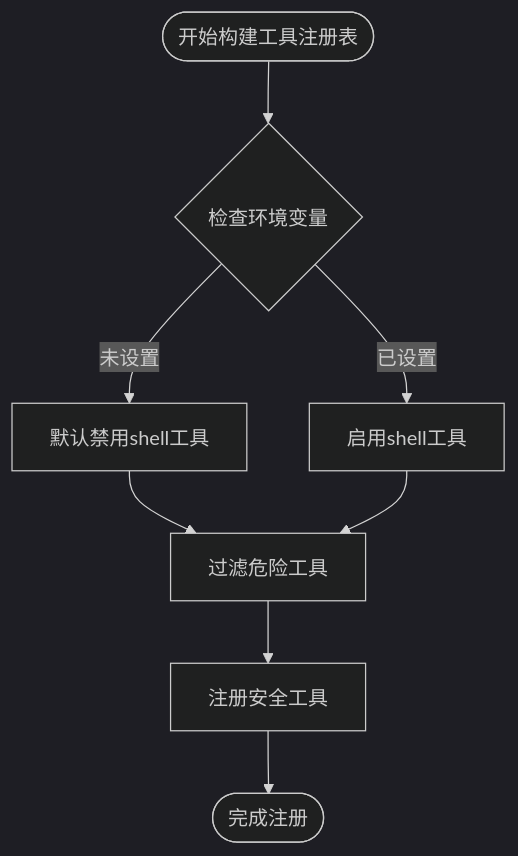
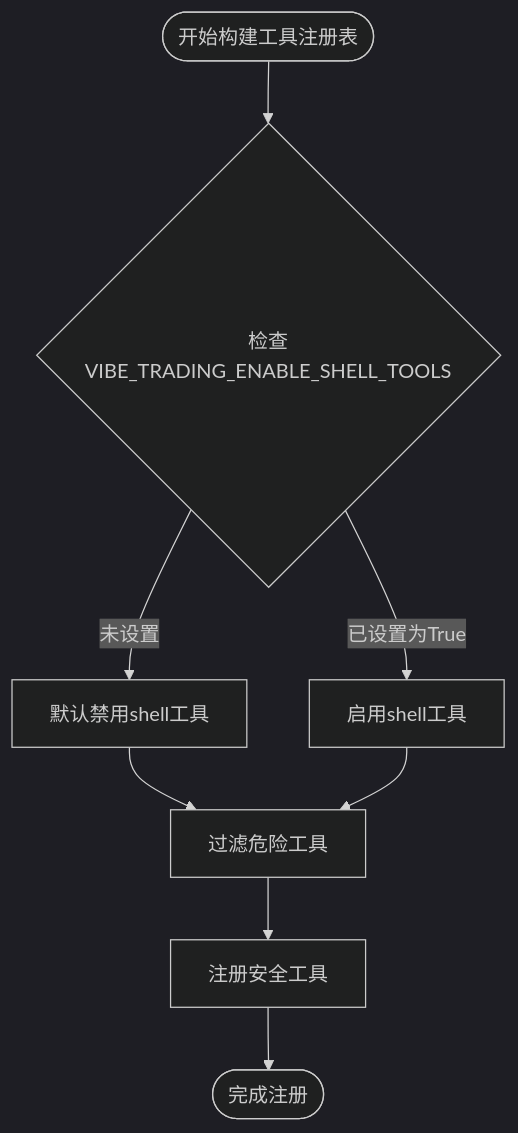
The third of 6 diagrams in .qoder/repowiki/zh/content/AI代理系统/工具系统/工具安全控制.md (20012002er/Vibe-Trading), drawn with Mermaid (dark theme) before and after one commit. The commit also changed other lines of this file and 67 other files, not shown here.

````diff
--- a/.qoder/repowiki/zh/content/AI代理系统/工具系统/工具安全控制.md
+++ b/.qoder/repowiki/zh/content/AI代理系统/工具系统/工具安全控制.md
@@ -151,10 +160,10 @@
 ```mermaid
 flowchart TD
-Start(["开始构建工具注册表"]) --> CheckEnv{"检查环境变量"}
+Start(["开始构建工具注册表"]) --> CheckEnv{"检查VIBE_TRADING_ENABLE_SHELL_TOOLS"}
 CheckEnv -- 未设置 --> DefaultDeny["默认禁用shell工具"]
-CheckEnv -- 已设置 --> EnableTools["启用shell工具"]
+CheckEnv -- 已设置为True --> EnableTools["启用shell工具"]
 DefaultDeny --> FilterTools["过滤危险工具"]
 EnableTools --> FilterTools
 FilterTools --> RegisterTools["注册安全工具"]
 RegisterTools --> End(["完成注册"])
 ```
````
